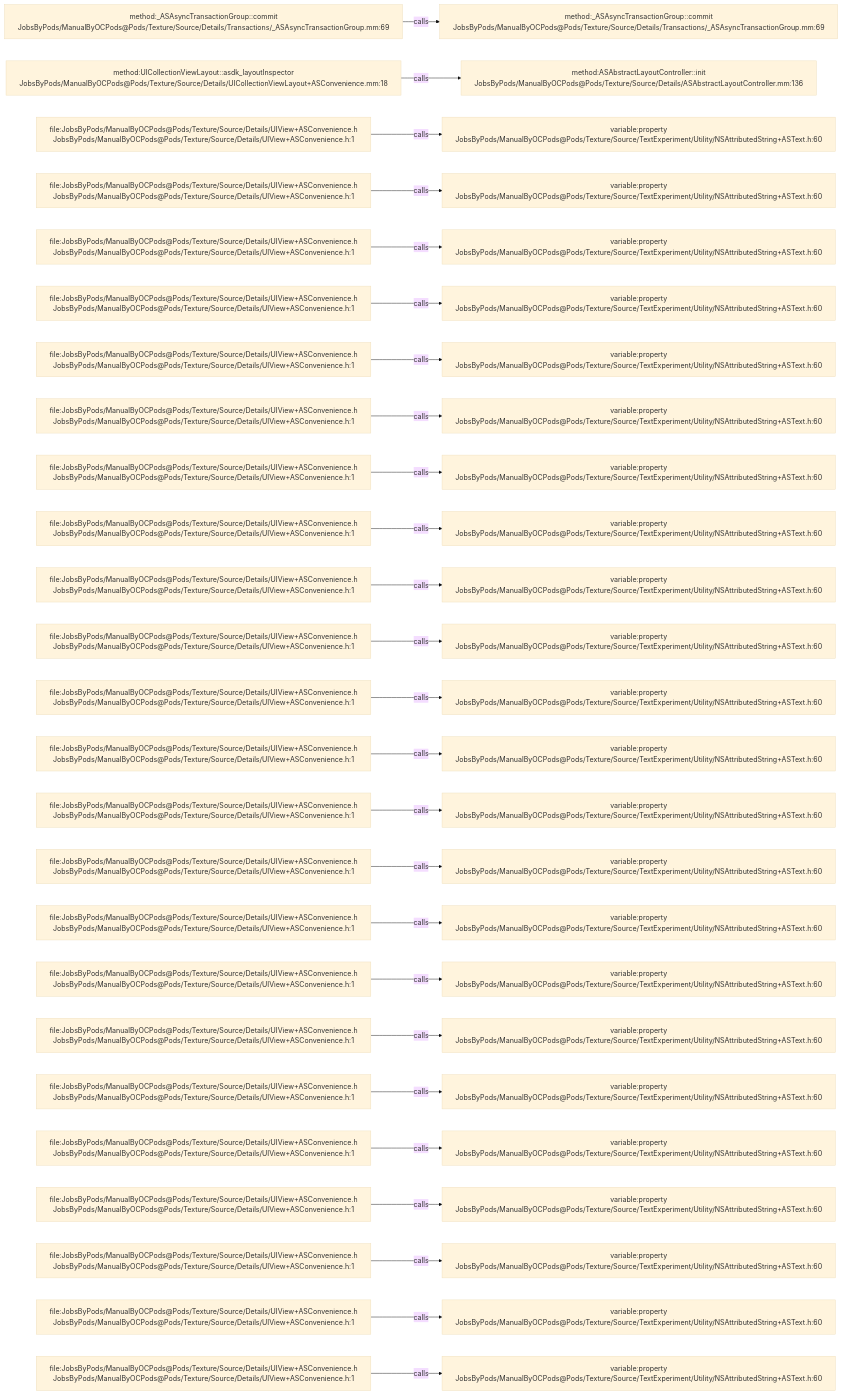
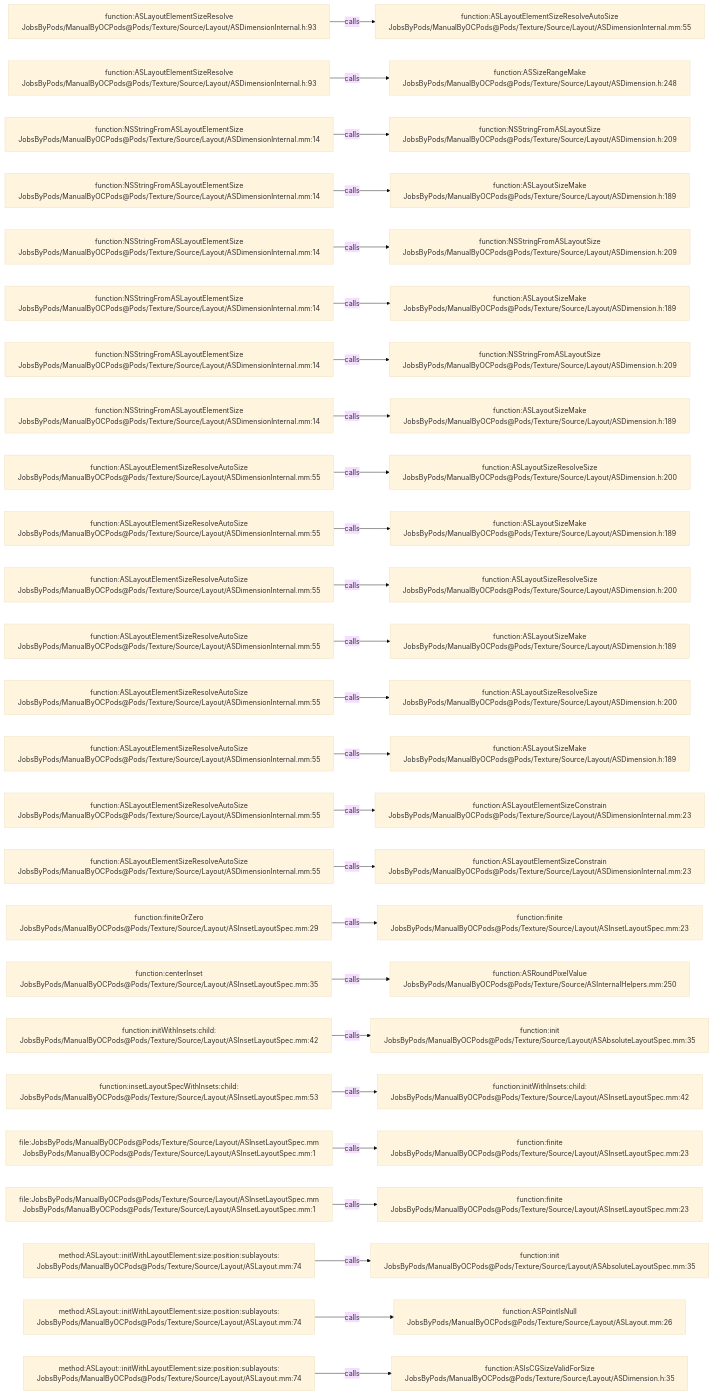
Before and after one commit to JobsKits/JobsOCBaseConfigDemo: the diagram in .codegraph/codegraph.md/graphs/calls-161.md, drawn with Mermaid (base theme). The commit also changed 2723 other files, not shown here.

````diff
--- a/.codegraph/codegraph.md/graphs/calls-161.md
+++ b/.codegraph/codegraph.md/graphs/calls-161.md
@@ -13,78 +13,78 @@
 ```mermaid
 flowchart LR
-  S1["method:_ASAsyncTransactionGroup::commit<br/>JobsByPods/ManualByOCPods@Pods/Texture/Source/Details/Transactions/_ASAsyncTransactionGroup.mm:69"]
-  T1["method:_ASAsyncTransactionGroup::commit<br/>JobsByPods/ManualByOCPods@Pods/Texture/Source/Details/Transactions/_ASAsyncTransactionGroup.mm:69"]
+  S1["function:ASLayoutElementSizeResolve<br/>JobsByPods/ManualByOCPods@Pods/Texture/Source/Layout/ASDimensionInternal.h:93"]
+  T1["function:ASLayoutElementSizeResolveAutoSize<br/>JobsByPods/ManualByOCPods@Pods/Texture/Source/Layout/ASDimensionInternal.mm:55"]
   S1 -->|calls| T1
-  S2["method:UICollectionViewLayout::asdk_layoutInspector<br/>JobsByPods/ManualByOCPods@Pods/Texture/Source/Details/UICollectionViewLayout+ASConvenience.mm:18"]
-  T2["method:ASAbstractLayoutController::init<br/>JobsByPods/ManualByOCPods@Pods/Texture/Source/Details/ASAbstractLayoutController.mm:136"]
+  S2["function:ASLayoutElementSizeResolve<br/>JobsByPods/ManualByOCPods@Pods/Texture/Source/Layout/ASDimensionInternal.h:93"]
+  T2["function:ASSizeRangeMake<br/>JobsByPods/ManualByOCPods@Pods/Texture/Source/Layout/ASDimension.h:248"]
   S2 -->|calls| T2
-  S3["file:JobsByPods/ManualByOCPods@Pods/Texture/Source/Details/UIView+ASConvenience.h<br/>JobsByPods/ManualByOCPods@Pods/Texture/Source/Details/UIView+ASConvenience.h:1"]
-  T3["variable:property<br/>JobsByPods/ManualByOCPods@Pods/Texture/Source/TextExperiment/Utility/NSAttributedString+ASText.h:60"]
+  S3["function:NSStringFromASLayoutElementSize<br/>JobsByPods/ManualByOCPods@Pods/Texture/Source/Layout/ASDimensionInternal.mm:14"]
+  T3["function:NSStringFromASLayoutSize<br/>JobsByPods/ManualByOCPods@Pods/Texture/Source/Layout/ASDimension.h:209"]
   S3 -->|calls| T3
-  S4["file:JobsByPods/ManualByOCPods@Pods/Texture/Source/Details/UIView+ASConvenience.h<br/>JobsByPods/ManualByOCPods@Pods/Texture/Source/Details/UIView+ASConvenience.h:1"]
-  T4["variable:property<br/>JobsByPods/ManualByOCPods@Pods/Texture/Source/TextExperiment/Utility/NSAttributedString+ASText.h:60"]
+  S4["function:NSStringFromASLayoutElementSize<br/>JobsByPods/ManualByOCPods@Pods/Texture/Source/Layout/ASDimensionInternal.mm:14"]
+  T4["function:ASLayoutSizeMake<br/>JobsByPods/ManualByOCPods@Pods/Texture/Source/Layout/ASDimension.h:189"]
   S4 -->|calls| T4
-  S5["file:JobsByPods/ManualByOCPods@Pods/Texture/Source/Details/UIView+ASConvenience.h<br/>JobsByPods/ManualByOCPods@Pods/Texture/Source/Details/UIView+ASConvenience.h:1"]
-  T5["variable:property<br/>JobsByPods/ManualByOCPods@Pods/Texture/Source/TextExperiment/Utility/NSAttributedString+ASText.h:60"]
+  S5["function:NSStringFromASLayoutElementSize<br/>JobsByPods/ManualByOCPods@Pods/Texture/Source/Layout/ASDimensionInternal.mm:14"]
+  T5["function:NSStringFromASLayoutSize<br/>JobsByPods/ManualByOCPods@Pods/Texture/Source/Layout/ASDimension.h:209"]
   S5 -->|calls| T5
-  S6["file:JobsByPods/ManualByOCPods@Pods/Texture/Source/Details/UIView+ASConvenience.h<br/>JobsByPods/ManualByOCPods@Pods/Texture/Source/Details/UIView+ASConvenience.h:1"]
-  T6["variable:property<br/>JobsByPods/ManualByOCPods@Pods/Texture/Source/TextExperiment/Utility/NSAttributedString+ASText.h:60"]
+  S6["function:NSStringFromASLayoutElementSize<br/>JobsByPods/ManualByOCPods@Pods/Texture/Source/Layout/ASDimensionInternal.mm:14"]
+  T6["function:ASLayoutSizeMake<br/>JobsByPods/ManualByOCPods@Pods/Texture/Source/Layout/ASDimension.h:189"]
   S6 -->|calls| T6
-  S7["file:JobsByPods/ManualByOCPods@Pods/Texture/Source/Details/UIView+ASConvenience.h<br/>JobsByPods/ManualByOCPods@Pods/Texture/Source/Details/UIView+ASConvenience.h:1"]
-  T7["variable:property<br/>JobsByPods/ManualByOCPods@Pods/Texture/Source/TextExperiment/Utility/NSAttributedString+ASText.h:60"]
+  S7["function:NSStringFromASLayoutElementSize<br/>JobsByPods/ManualByOCPods@Pods/Texture/Source/Layout/ASDimensionInternal.mm:14"]
+  T7["function:NSStringFromASLayoutSize<br/>JobsByPods/ManualByOCPods@Pods/Texture/Source/Layout/ASDimension.h:209"]
   S7 -->|calls| T7
-  S8["file:JobsByPods/ManualByOCPods@Pods/Texture/Source/Details/UIView+ASConvenience.h<br/>JobsByPods/ManualByOCPods@Pods/Texture/Source/Details/UIView+ASConvenience.h:1"]
-  T8["variable:property<br/>JobsByPods/ManualByOCPods@Pods/Texture/Source/TextExperiment/Utility/NSAttributedString+ASText.h:60"]
+  S8["function:NSStringFromASLayoutElementSize<br/>JobsByPods/ManualByOCPods@Pods/Texture/Source/Layout/ASDimensionInternal.mm:14"]
+  T8["function:ASLayoutSizeMake<br/>JobsByPods/ManualByOCPods@Pods/Texture/Source/Layout/ASDimension.h:189"]
   S8 -->|calls| T8
-  S9["file:JobsByPods/ManualByOCPods@Pods/Texture/Source/Details/UIView+ASConvenience.h<br/>JobsByPods/ManualByOCPods@Pods/Texture/Source/Details/UIView+ASConvenience.h:1"]
-  T9["variable:property<br/>JobsByPods/ManualByOCPods@Pods/Texture/Source/TextExperiment/Utility/NSAttributedString+ASText.h:60"]
+  S9["function:ASLayoutElementSizeResolveAutoSize<br/>JobsByPods/ManualByOCPods@Pods/Texture/Source/Layout/ASDimensionInternal.mm:55"]
+  T9["function:ASLayoutSizeResolveSize<br/>JobsByPods/ManualByOCPods@Pods/Texture/Source/Layout/ASDimension.h:200"]
   S9 -->|calls| T9
-  S10["file:JobsByPods/ManualByOCPods@Pods/Texture/Source/Details/UIView+ASConvenience.h<br/>JobsByPods/ManualByOCPods@Pods/Texture/Source/Details/UIView+ASConvenience.h:1"]
-  T10["variable:property<br/>JobsByPods/ManualByOCPods@Pods/Texture/Source/TextExperiment/Utility/NSAttributedString+ASText.h:60"]
+  S10["function:ASLayoutElementSizeResolveAutoSize<br/>JobsByPods/ManualByOCPods@Pods/Texture/Source/Layout/ASDimensionInternal.mm:55"]
+  T10["function:ASLayoutSizeMake<br/>JobsByPods/ManualByOCPods@Pods/Texture/Source/Layout/ASDimension.h:189"]
   S10 -->|calls| T10
-  S11["file:JobsByPods/ManualByOCPods@Pods/Texture/Source/Details/UIView+ASConvenience.h<br/>JobsByPods/ManualByOCPods@Pods/Texture/Source/Details/UIView+ASConvenience.h:1"]
-  T11["variable:property<br/>JobsByPods/ManualByOCPods@Pods/Texture/Source/TextExperiment/Utility/NSAttributedString+ASText.h:60"]
+  S11["function:ASLayoutElementSizeResolveAutoSize<br/>JobsByPods/ManualByOCPods@Pods/Texture/Source/Layout/ASDimensionInternal.mm:55"]
+  T11["function:ASLayoutSizeResolveSize<br/>JobsByPods/ManualByOCPods@Pods/Texture/Source/Layout/ASDimension.h:200"]
   S11 -->|calls| T11
-  S12["file:JobsByPods/ManualByOCPods@Pods/Texture/Source/Details/UIView+ASConvenience.h<br/>JobsByPods/ManualByOCPods@Pods/Texture/Source/Details/UIView+ASConvenience.h:1"]
-  T12["variable:property<br/>JobsByPods/ManualByOCPods@Pods/Texture/Source/TextExperiment/Utility/NSAttributedString+ASText.h:60"]
+  S12["function:ASLayoutElementSizeResolveAutoSize<br/>JobsByPods/ManualByOCPods@Pods/Texture/Source/Layout/ASDimensionInternal.mm:55"]
+  T12["function:ASLayoutSizeMake<br/>JobsByPods/ManualByOCPods@Pods/Texture/Source/Layout/ASDimension.h:189"]
   S12 -->|calls| T12
-  S13["file:JobsByPods/ManualByOCPods@Pods/Texture/Source/Details/UIView+ASConvenience.h<br/>JobsByPods/ManualByOCPods@Pods/Texture/Source/Details/UIView+ASConvenience.h:1"]
-  T13["variable:property<br/>JobsByPods/ManualByOCPods@Pods/Texture/Source/TextExperiment/Utility/NSAttributedString+ASText.h:60"]
+  S13["function:ASLayoutElementSizeResolveAutoSize<br/>JobsByPods/ManualByOCPods@Pods/Texture/Source/Layout/ASDimensionInternal.mm:55"]
+  T13["function:ASLayoutSizeResolveSize<br/>JobsByPods/ManualByOCPods@Pods/Texture/Source/Layout/ASDimension.h:200"]
   S13 -->|calls| T13
-  S14["file:JobsByPods/ManualByOCPods@Pods/Texture/Source/Details/UIView+ASConvenience.h<br/>JobsByPods/ManualByOCPods@Pods/Texture/Source/Details/UIView+ASConvenience.h:1"]
-  T14["variable:property<br/>JobsByPods/ManualByOCPods@Pods/Texture/Source/TextExperiment/Utility/NSAttributedString+ASText.h:60"]
+  S14["function:ASLayoutElementSizeResolveAutoSize<br/>JobsByPods/ManualByOCPods@Pods/Texture/Source/Layout/ASDimensionInternal.mm:55"]
+  T14["function:ASLayoutSizeMake<br/>JobsByPods/ManualByOCPods@Pods/Texture/Source/Layout/ASDimension.h:189"]
   S14 -->|calls| T14
-  S15["file:JobsByPods/ManualByOCPods@Pods/Texture/Source/Details/UIView+ASConvenience.h<br/>JobsByPods/ManualByOCPods@Pods/Texture/Source/Details/UIView+ASConvenience.h:1"]
-  T15["variable:property<br/>JobsByPods/ManualByOCPods@Pods/Texture/Source/TextExperiment/Utility/NSAttributedString+ASText.h:60"]
+  S15["function:ASLayoutElementSizeResolveAutoSize<br/>JobsByPods/ManualByOCPods@Pods/Texture/Source/Layout/ASDimensionInternal.mm:55"]
+  T15["function:ASLayoutElementSizeConstrain<br/>JobsByPods/ManualByOCPods@Pods/Texture/Source/Layout/ASDimensionInternal.mm:23"]
   S15 -->|calls| T15
-  S16["file:JobsByPods/ManualByOCPods@Pods/Texture/Source/Details/UIView+ASConvenience.h<br/>JobsByPods/ManualByOCPods@Pods/Texture/Source/Details/UIView+ASConvenience.h:1"]
-  T16["variable:property<br/>JobsByPods/ManualByOCPods@Pods/Texture/Source/TextExperiment/Utility/NSAttributedString+ASText.h:60"]
+  S16["function:ASLayoutElementSizeResolveAutoSize<br/>JobsByPods/ManualByOCPods@Pods/Texture/Source/Layout/ASDimensionInternal.mm:55"]
+  T16["function:ASLayoutElementSizeConstrain<br/>JobsByPods/ManualByOCPods@Pods/Texture/Source/Layout/ASDimensionInternal.mm:23"]
   S16 -->|calls| T16
-  S17["file:JobsByPods/ManualByOCPods@Pods/Texture/Source/Details/UIView+ASConvenience.h<br/>JobsByPods/ManualByOCPods@Pods/Texture/Source/Details/UIView+ASConvenience.h:1"]
-  T17["variable:property<br/>JobsByPods/ManualByOCPods@Pods/Texture/Source/TextExperiment/Utility/NSAttributedString+ASText.h:60"]
+  S17["function:finiteOrZero<br/>JobsByPods/ManualByOCPods@Pods/Texture/Source/Layout/ASInsetLayoutSpec.mm:29"]
+  T17["function:finite<br/>JobsByPods/ManualByOCPods@Pods/Texture/Source/Layout/ASInsetLayoutSpec.mm:23"]
   S17 -->|calls| T17
-  S18["file:JobsByPods/ManualByOCPods@Pods/Texture/Source/Details/UIView+ASConvenience.h<br/>JobsByPods/ManualByOCPods@Pods/Texture/Source/Details/UIView+ASConvenience.h:1"]
-  T18["variable:property<br/>JobsByPods/ManualByOCPods@Pods/Texture/Source/TextExperiment/Utility/NSAttributedString+ASText.h:60"]
+  S18["function:centerInset<br/>JobsByPods/ManualByOCPods@Pods/Texture/Source/Layout/ASInsetLayoutSpec.mm:35"]
+  T18["function:ASRoundPixelValue<br/>JobsByPods/ManualByOCPods@Pods/Texture/Source/ASInternalHelpers.mm:250"]
   S18 -->|calls| T18
-  S19["file:JobsByPods/ManualByOCPods@Pods/Texture/Source/Details/UIView+ASConvenience.h<br/>JobsByPods/ManualByOCPods@Pods/Texture/Source/Details/UIView+ASConvenience.h:1"]
-  T19["variable:property<br/>JobsByPods/ManualByOCPods@Pods/Texture/Source/TextExperiment/Utility/NSAttributedString+ASText.h:60"]
+  S19["function:initWithInsets:child:<br/>JobsByPods/ManualByOCPods@Pods/Texture/Source/Layout/ASInsetLayoutSpec.mm:42"]
+  T19["function:init<br/>JobsByPods/ManualByOCPods@Pods/Texture/Source/Layout/ASAbsoluteLayoutSpec.mm:35"]
   S19 -->|calls| T19
-  S20["file:JobsByPods/ManualByOCPods@Pods/Texture/Source/Details/UIView+ASConvenience.h<br/>JobsByPods/ManualByOCPods@Pods/Texture/Source/Details/UIView+ASConvenience.h:1"]
-  T20["variable:property<br/>JobsByPods/ManualByOCPods@Pods/Texture/Source/TextExperiment/Utility/NSAttributedString+ASText.h:60"]
+  S20["function:insetLayoutSpecWithInsets:child:<br/>JobsByPods/ManualByOCPods@Pods/Texture/Source/Layout/ASInsetLayoutSpec.mm:53"]
+  T20["function:initWithInsets:child:<br/>JobsByPods/ManualByOCPods@Pods/Texture/Source/Layout/ASInsetLayoutSpec.mm:42"]
   S20 -->|calls| T20
-  S21["file:JobsByPods/ManualByOCPods@Pods/Texture/Source/Details/UIView+ASConvenience.h<br/>JobsByPods/ManualByOCPods@Pods/Texture/Source/Details/UIView+ASConvenience.h:1"]
-  T21["variable:property<br/>JobsByPods/ManualByOCPods@Pods/Texture/Source/TextExperiment/Utility/NSAttributedString+ASText.h:60"]
+  S21["file:JobsByPods/ManualByOCPods@Pods/Texture/Source/Layout/ASInsetLayoutSpec.mm<br/>JobsByPods/ManualByOCPods@Pods/Texture/Source/Layout/ASInsetLayoutSpec.mm:1"]
+  T21["function:finite<br/>JobsByPods/ManualByOCPods@Pods/Texture/Source/Layout/ASInsetLayoutSpec.mm:23"]
   S21 -->|calls| T21
-  S22["file:JobsByPods/ManualByOCPods@Pods/Texture/Source/Details/UIView+ASConvenience.h<br/>JobsByPods/ManualByOCPods@Pods/Texture/Source/Details/UIView+ASConvenience.h:1"]
-  T22["variable:property<br/>JobsByPods/ManualByOCPods@Pods/Texture/Source/TextExperiment/Utility/NSAttributedString+ASText.h:60"]
+  S22["file:JobsByPods/ManualByOCPods@Pods/Texture/Source/Layout/ASInsetLayoutSpec.mm<br/>JobsByPods/ManualByOCPods@Pods/Texture/Source/Layout/ASInsetLayoutSpec.mm:1"]
+  T22["function:finite<br/>JobsByPods/ManualByOCPods@Pods/Texture/Source/Layout/ASInsetLayoutSpec.mm:23"]
   S22 -->|calls| T22
-  S23["file:JobsByPods/ManualByOCPods@Pods/Texture/Source/Details/UIView+ASConvenience.h<br/>JobsByPods/ManualByOCPods@Pods/Texture/Source/Details/UIView+ASConvenience.h:1"]
-  T23["variable:property<br/>JobsByPods/ManualByOCPods@Pods/Texture/Source/TextExperiment/Utility/NSAttributedString+ASText.h:60"]
+  S23["method:ASLayout::initWithLayoutElement:size:position:sublayouts:<br/>JobsByPods/ManualByOCPods@Pods/Texture/Source/Layout/ASLayout.mm:74"]
+  T23["function:init<br/>JobsByPods/ManualByOCPods@Pods/Texture/Source/Layout/ASAbsoluteLayoutSpec.mm:35"]
   S23 -->|calls| T23
-  S24["file:JobsByPods/ManualByOCPods@Pods/Texture/Source/Details/UIView+ASConvenience.h<br/>JobsByPods/ManualByOCPods@Pods/Texture/Source/Details/UIView+ASConvenience.h:1"]
-  T24["variable:property<br/>JobsByPods/ManualByOCPods@Pods/Texture/Source/TextExperiment/Utility/NSAttributedString+ASText.h:60"]
+  S24["method:ASLayout::initWithLayoutElement:size:position:sublayouts:<br/>JobsByPods/ManualByOCPods@Pods/Texture/Source/Layout/ASLayout.mm:74"]
+  T24["function:ASPointIsNull<br/>JobsByPods/ManualByOCPods@Pods/Texture/Source/Layout/ASLayout.mm:26"]
   S24 -->|calls| T24
-  S25["file:JobsByPods/ManualByOCPods@Pods/Texture/Source/Details/UIView+ASConvenience.h<br/>JobsByPods/ManualByOCPods@Pods/Texture/Source/Details/UIView+ASConvenience.h:1"]
-  T25["variable:property<br/>JobsByPods/ManualByOCPods@Pods/Texture/Source/TextExperiment/Utility/NSAttributedString+ASText.h:60"]
+  S25["method:ASLayout::initWithLayoutElement:size:position:sublayouts:<br/>JobsByPods/ManualByOCPods@Pods/Texture/Source/Layout/ASLayout.mm:74"]
+  T25["function:ASIsCGSizeValidForSize<br/>JobsByPods/ManualByOCPods@Pods/Texture/Source/Layout/ASDimension.h:35"]
   S25 -->|calls| T25
 ```
````
